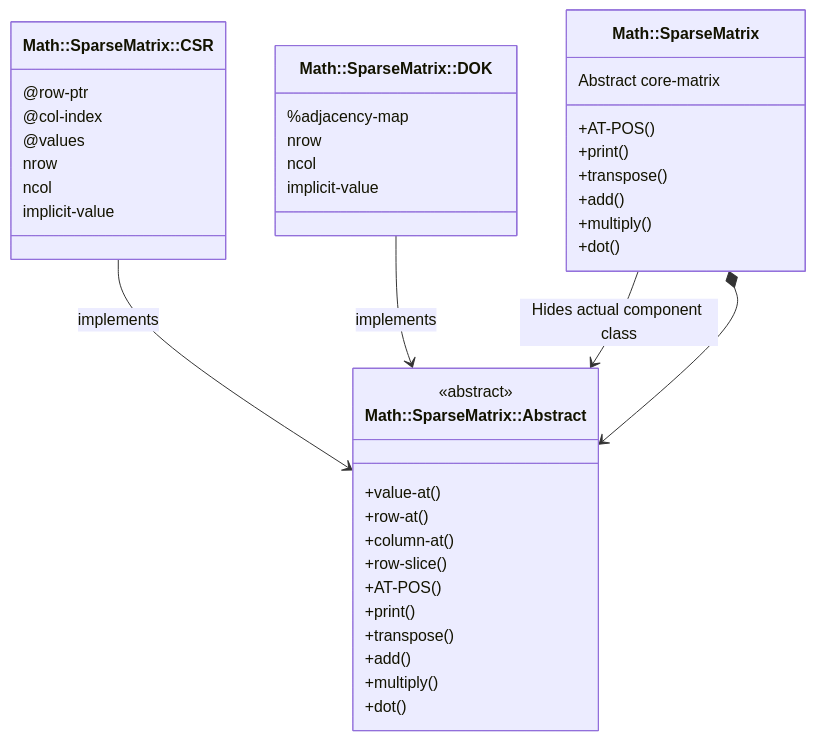
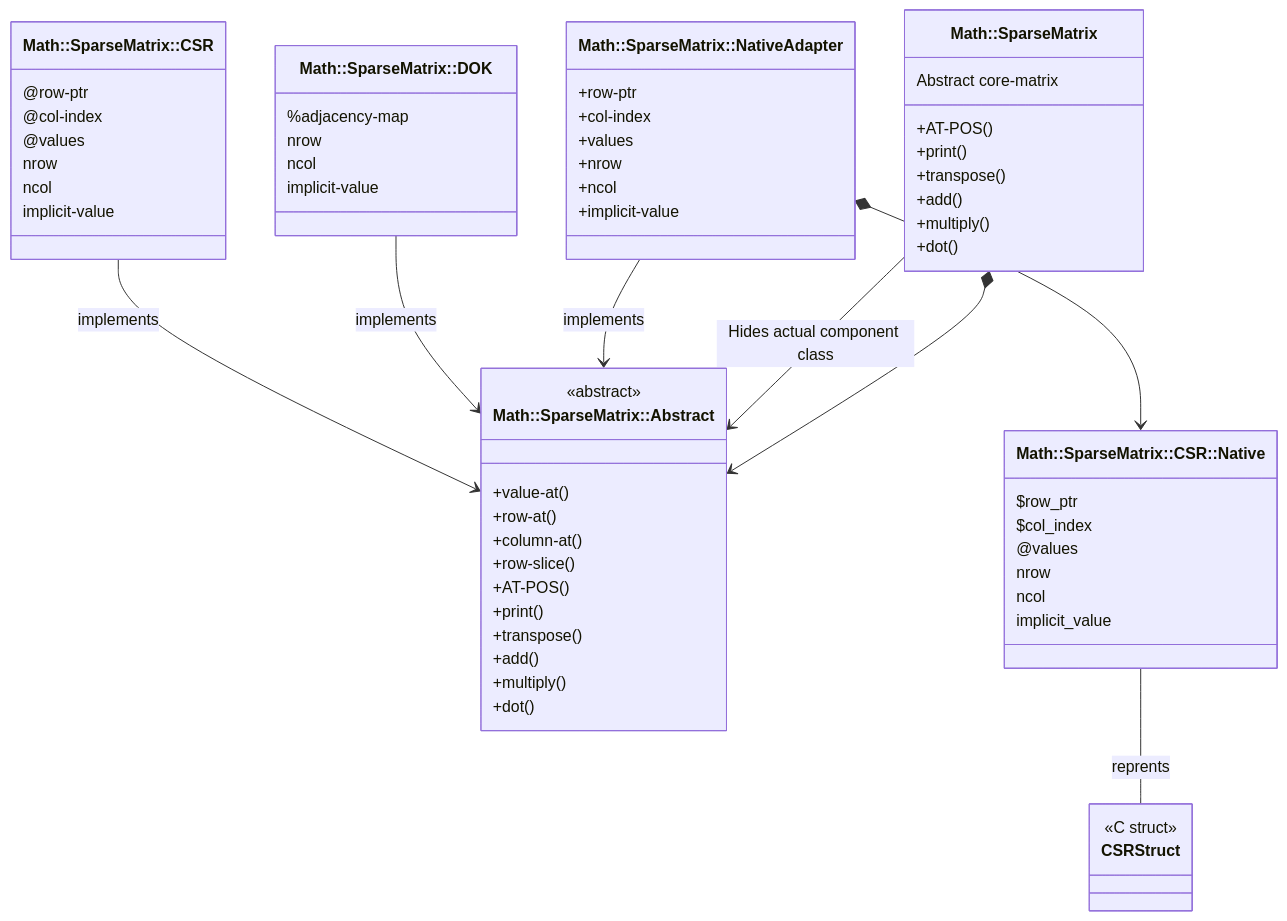
Before and after one commit to antononcube/Raku-Math-SparseMatrix: the diagram in README-work.md, drawn with Mermaid. The commit also changed other lines of this file and 1 other file, not shown here.

Commit message:
docs:Changed the design diagram to refer to the C implementation; added related links and remarks.

````diff
--- a/README-work.md
+++ b/README-work.md
@@ -177,47 +177,72 @@
 ```mermaid
 classDiagram
     class Abstract["Math::SparseMatrix::Abstract"] {
         <<abstract>>
         +value-at()
         +row-at()
         +column-at()
         +row-slice()
         +AT-POS()
         +print()
         +transpose()
         +add()
         +multiply()
         +dot()
     }
+
+    class CSRStruct {
+        <<C struct>>
+    }
     
+    class NativeCSR["Math::SparseMatrix::CSR::Native"] {
+        $row_ptr
+        $col_index
+        @values
+        nrow
+        ncol
+        implicit_value
+    }
+
+    class NativeAdapater["Math::SparseMatrix::NativeAdapter"] {
+        +row-ptr
+        +col-index
+        +values
+        +nrow
+        +ncol
+        +implicit-value
+    }    
+
     class CSR["Math::SparseMatrix::CSR"] {
         @row-ptr
         @col-index
         @values
         nrow
         ncol
         implicit-value
     }
     
     class DOK["Math::SparseMatrix::DOK"] {
         %adjacency-map
         nrow
         ncol
         implicit-value
     }
     
     class SparseMatrix["Math::SparseMatrix"] {
         Abstract core-matrix
         +AT-POS()
         +print()
         +transpose()
         +add()
         +multiply()
         +dot()
     }
     
     CSR --> Abstract : implements
     DOK --> Abstract : implements
+    NativeAdapater --> Abstract : implements
     SparseMatrix --> Abstract : Hides actual component class
     SparseMatrix *--> Abstract
+    NativeAdapater *--> NativeCSR
+    NativeCSR -- CSRStruct : reprents
 ```
````
